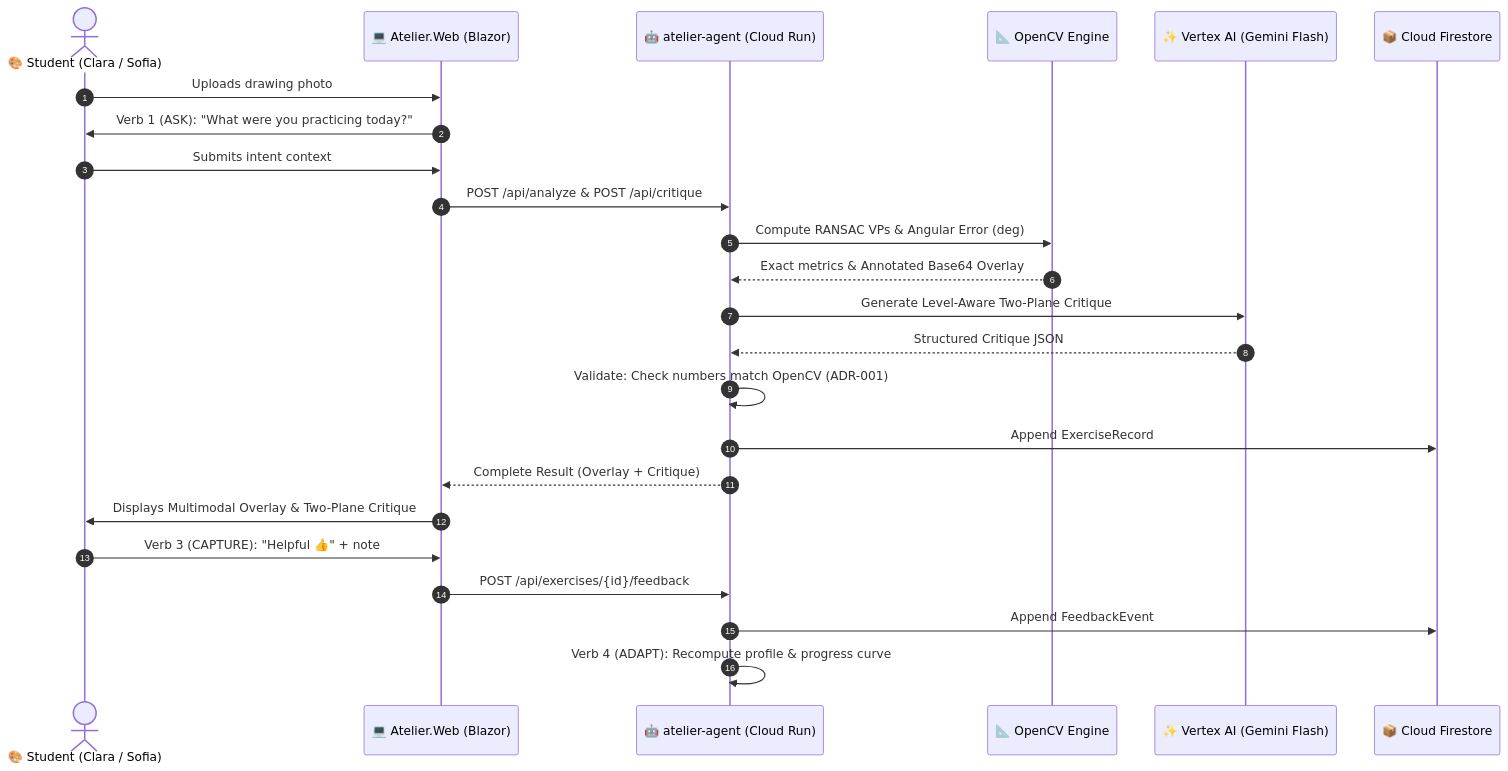
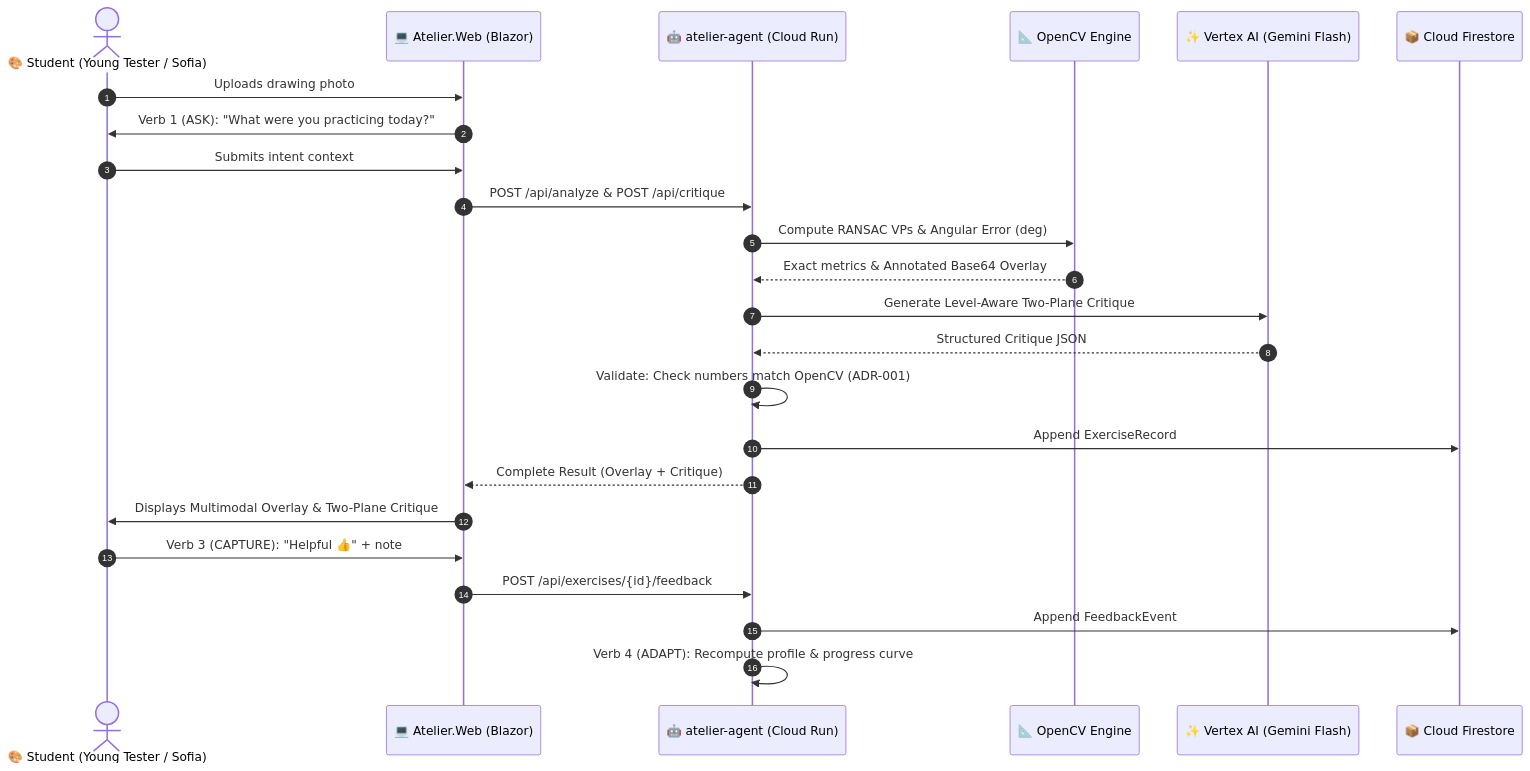
The second of 2 diagrams in docs/ARCHITECTURE.md (hvaler/atelier), drawn with Mermaid before and after one commit. The commit also changed 17 other files, not shown here.

````diff
--- a/docs/ARCHITECTURE.md
+++ b/docs/ARCHITECTURE.md
@@ -87,27 +87,27 @@
 ```mermaid
 sequenceDiagram
     autonumber
-    actor Student as 🎨 Student (Clara / Sofia)
+    actor Student as 🎨 Student (Young Tester / Sofia)
     participant Web as 💻 Atelier.Web (Blazor)
     participant Agent as 🤖 atelier-agent (Cloud Run)
     participant CV as 📐 OpenCV Engine
     participant Vertex as ✨ Vertex AI (Gemini Flash)
     participant DB as 📦 Cloud Firestore
 
     Student->>Web: Uploads drawing photo
     Web->>Student: Verb 1 (ASK): "What were you practicing today?"
     Student->>Web: Submits intent context
     Web->>Agent: POST /api/analyze & POST /api/critique
     Agent->>CV: Compute RANSAC VPs & Angular Error (deg)
     CV-->>Agent: Exact metrics & Annotated Base64 Overlay
     Agent->>Vertex: Generate Level-Aware Two-Plane Critique
     Vertex-->>Agent: Structured Critique JSON
     Agent->>Agent: Validate: Check numbers match OpenCV (ADR-001)
     Agent->>DB: Append ExerciseRecord
     Agent-->>Web: Complete Result (Overlay + Critique)
     Web->>Student: Displays Multimodal Overlay & Two-Plane Critique
     Student->>Web: Verb 3 (CAPTURE): "Helpful 👍" + note
     Web->>Agent: POST /api/exercises/{id}/feedback
     Agent->>DB: Append FeedbackEvent
     Agent->>Agent: Verb 4 (ADAPT): Recompute profile & progress curve
 ```
````
